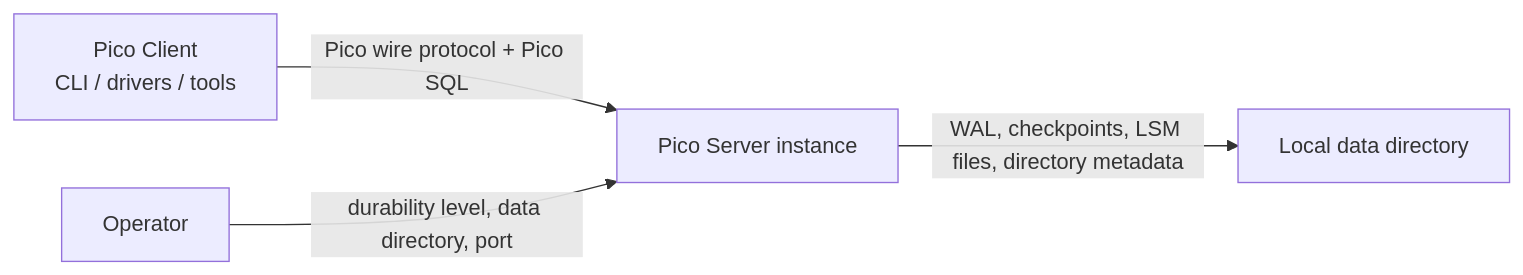
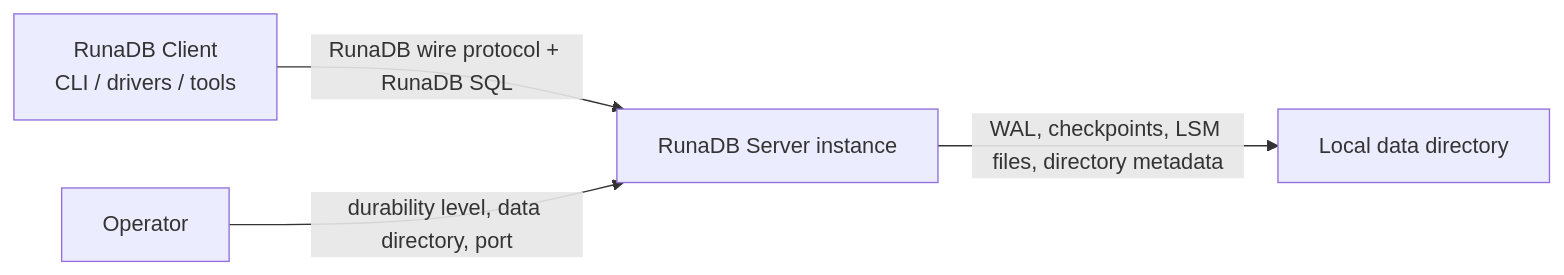
The first of 3 diagrams in docs/ARCHITECTURE.md (viloris-org/Pico), drawn with Mermaid before and after one commit. The commit also changed other lines of this file and 62 other files, not shown here.

First line of the commit message:
rebrand: rename Pico → RunaDB / Runa

````diff
--- a/docs/ARCHITECTURE.md
+++ b/docs/ARCHITECTURE.md
@@ -41,6 +48,6 @@
 ```mermaid
 flowchart LR
-  client["Pico Client\nCLI / drivers / tools"] -->|"Pico wire protocol + Pico SQL"| pico["Pico Server instance"]
-  pico -->|"WAL, checkpoints, LSM files, directory metadata"| data["Local data directory"]
-  operator["Operator"] -->|"durability level, data directory, port"| pico
+  client["RunaDB Client\nCLI / drivers / tools"] -->|"RunaDB wire protocol + RunaDB SQL"| runadb["RunaDB Server instance"]
+  runadb -->|"WAL, checkpoints, LSM files, directory metadata"| data["Local data directory"]
+  operator["Operator"] -->|"durability level, data directory, port"| runadb
 ```
````
